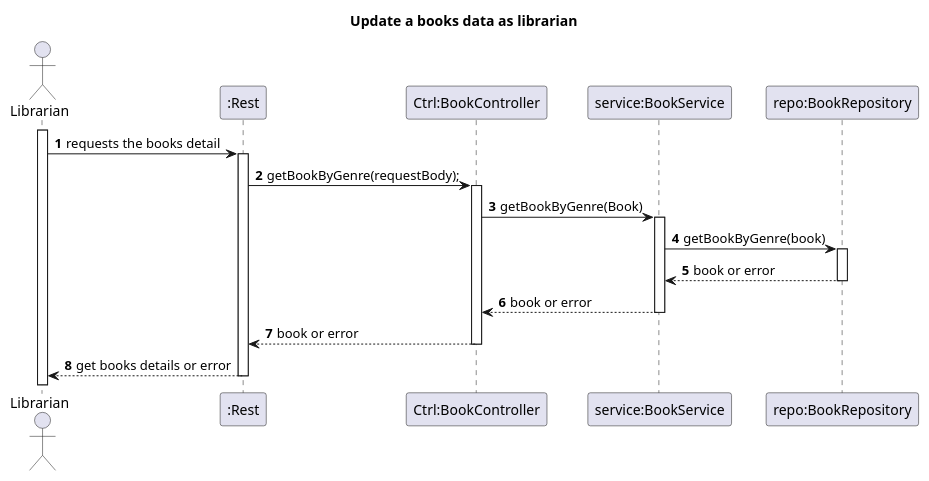
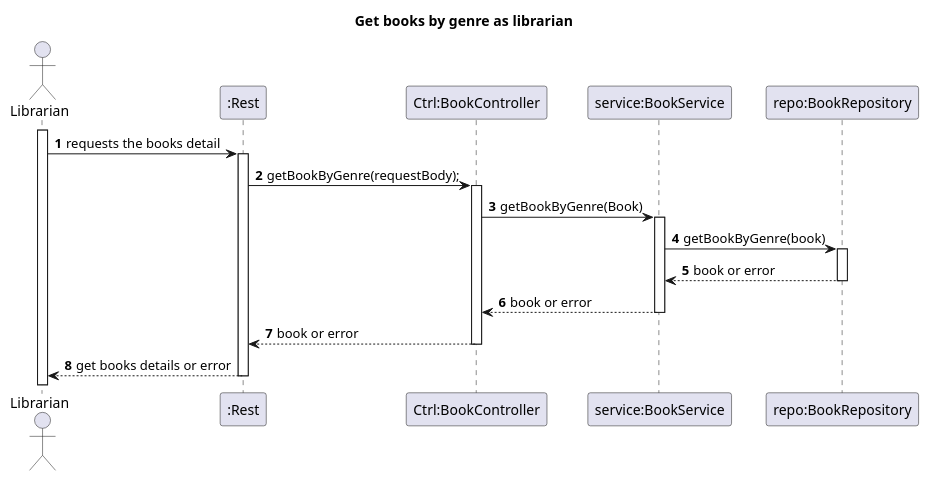
One commit to rutemf/1220944_1220772_G01 changed the diagram in Docs/Phase1/WP2A-Books/Ph1-10-GetBooksByGenre/Ph1-10-SD.puml. Above: the diagram before and after it, drawn with PlantUML. The commit also changed 10 other files, not shown here.

```diff
--- a/Docs/Phase1/WP2A-Books/Ph1-10-GetBooksByGenre/Ph1-10-SD.puml
+++ b/Docs/Phase1/WP2A-Books/Ph1-10-GetBooksByGenre/Ph1-10-SD.puml
@@ -1,27 +1,27 @@
 @startuml
 'https://plantuml.com/sequence-diagram
 autoactivate on
 autonumber
 
-title Update a books data as librarian
+title Get books by genre as librarian
 
 actor "Librarian" as User
 participant ":Rest" as Rest
 participant "Ctrl:BookController" as Ctrl
 participant "service:BookService" as Service
 participant "repo:BookRepository" as Repo
 
 activate User
 
 User -> Rest: requests the books detail
 
 Rest -> Ctrl: getBookByGenre(requestBody);
 
 Ctrl -> Service: getBookByGenre(Book)
 Service -> Repo: getBookByGenre(book)
 Repo --> Service: book or error
 Service --> Ctrl: book or error
 Ctrl --> Rest: book or error
 Rest --> User: get books details or error
 
 @enduml
```
